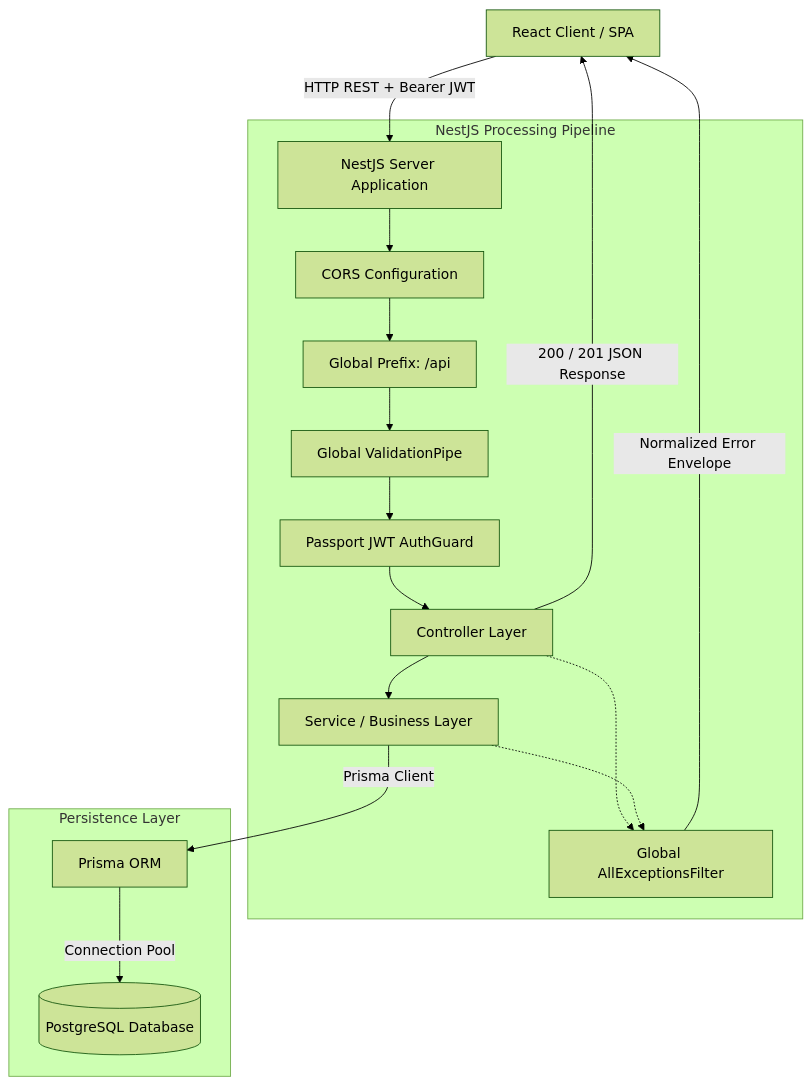
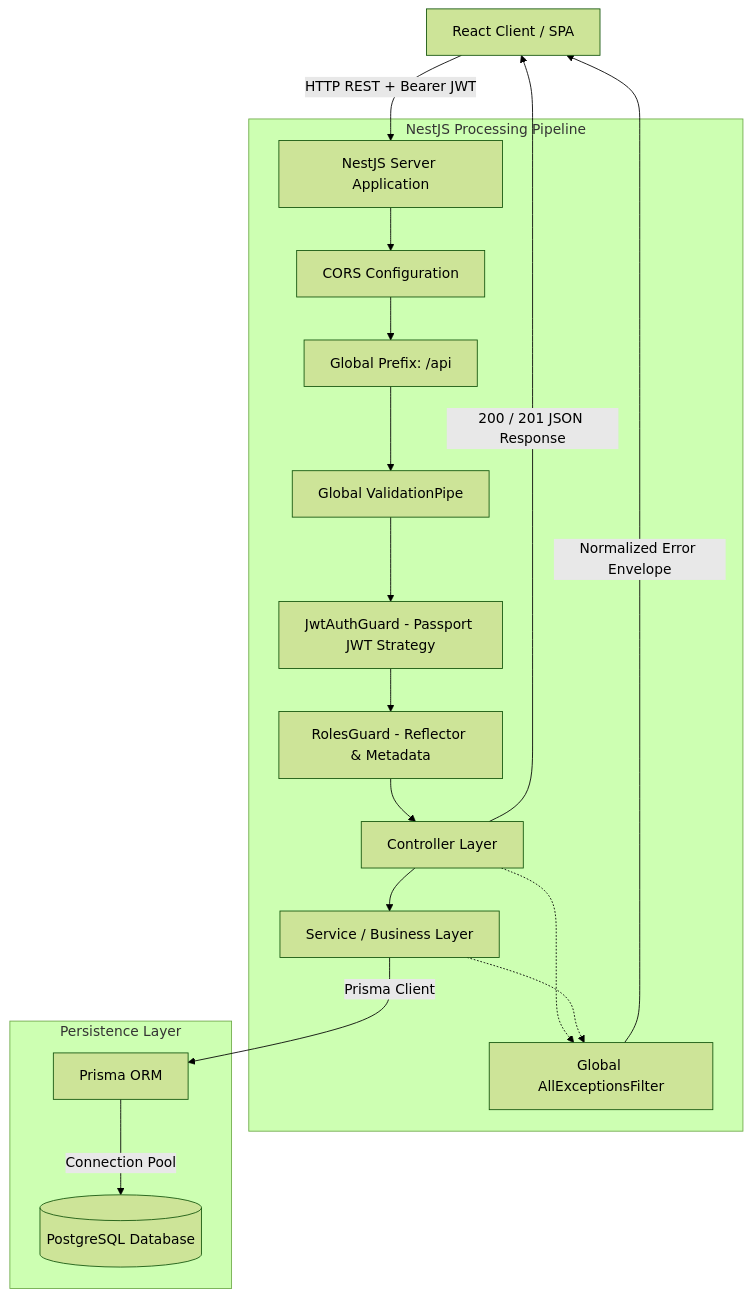
Before and after one commit to Abhishhek-Verma/yaloric-assignment: the first of 3 diagrams in README.md, drawn with Mermaid (forest theme). The commit also changed other lines of this file and 18 other files, not shown here.

````diff
--- a/README.md
+++ b/README.md
@@ -26,23 +62,24 @@
 ```mermaid
 graph TD
     Client[React Client / SPA] -->|HTTP REST + Bearer JWT| Server[NestJS Server Application]
 
     subgraph NestJS Processing Pipeline
         Server --> CORS[CORS Configuration]
         CORS --> Prefix[Global Prefix: /api]
         Prefix --> Pipe[Global ValidationPipe]
-        Pipe --> Guard[Passport JWT AuthGuard]
-        Guard --> Controller[Controller Layer]
+        Pipe --> JwtGuard[JwtAuthGuard - Passport JWT Strategy]
+        JwtGuard --> RolesGuard[RolesGuard - Reflector & Metadata]
+        RolesGuard --> Controller[Controller Layer]
         Controller --> Service[Service / Business Layer]
         Controller -.-> Filter[Global AllExceptionsFilter]
         Service -.-> Filter
     end
 
     subgraph Persistence Layer
         Service -->|Prisma Client| Prisma[Prisma ORM]
         Prisma -->|Connection Pool| Postgres[(PostgreSQL Database)]
     end
 
     Filter -->|Normalized Error Envelope| Client
     Controller -->|200 / 201 JSON Response| Client
 ```
````
